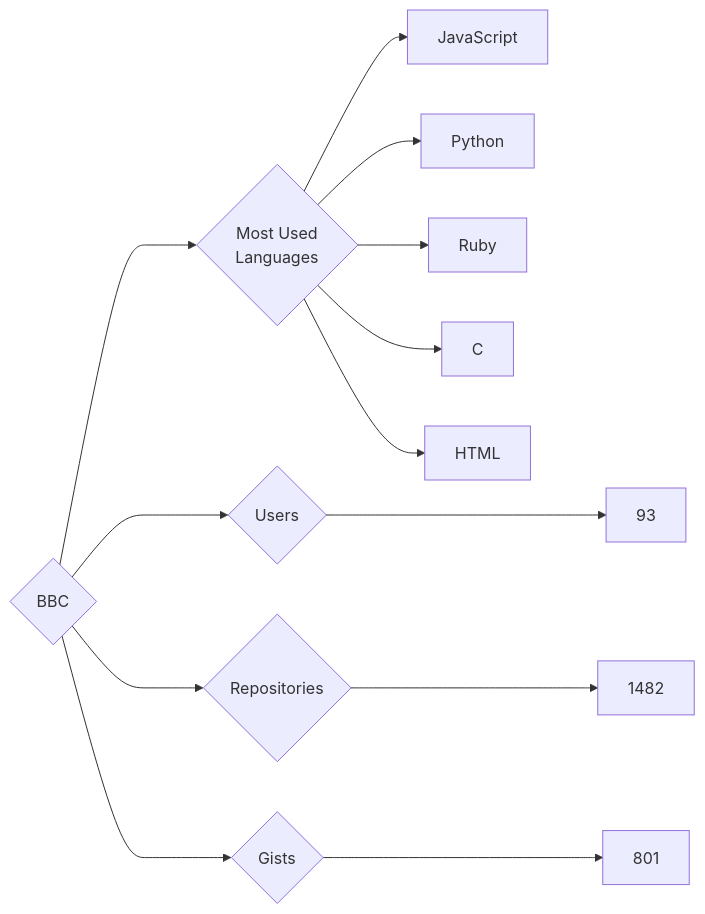
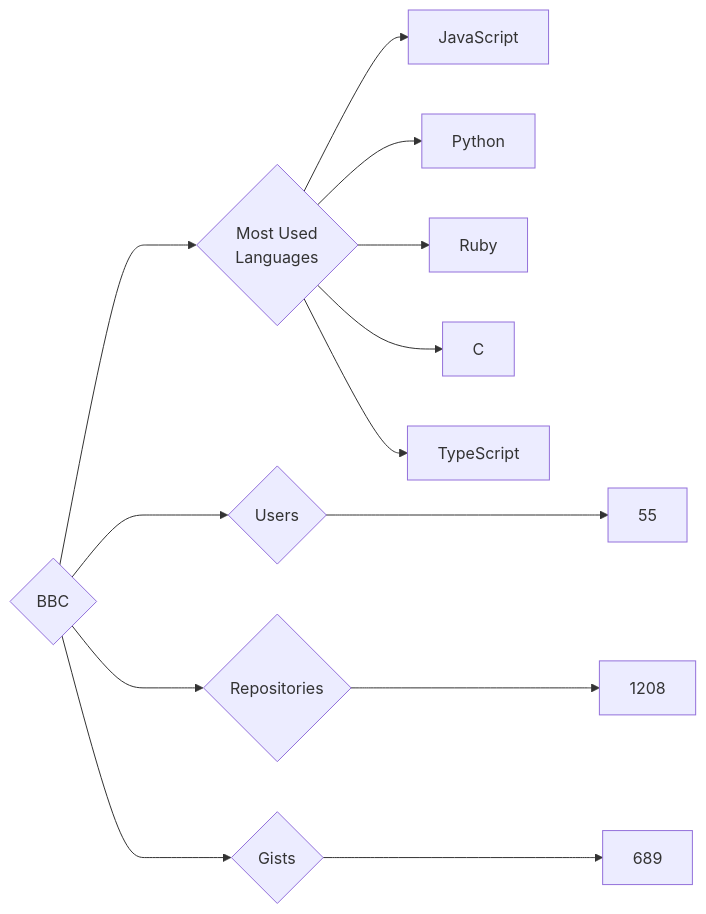
The diagram in targets/BBC/README.md (trickest/insiders), drawn with Mermaid before and after one commit. The commit also changed 925 other files, not shown here.

````diff
--- a/targets/BBC/README.md
+++ b/targets/BBC/README.md
@@ -3,13 +3,13 @@
 ```mermaid
 graph LR
 COMPANY_NAME{BBC}
-COMPANY_NAME ---> U{Users} ---> UN[93]
-COMPANY_NAME ---> R{Repositories} ---> RN[1482]
-COMPANY_NAME ---> G{Gists} ---> GN[801]
+COMPANY_NAME ---> U{Users} ---> UN[55]
+COMPANY_NAME ---> R{Repositories} ---> RN[1208]
+COMPANY_NAME ---> G{Gists} ---> GN[689]
 COMPANY_NAME ---> ML{Most Used<br>Languages}
 ML --> JavaScript[JavaScript]
 ML --> Python[Python]
 ML --> Ruby[Ruby]
 ML --> C[C]
-ML --> HTML[HTML]
+ML --> TypeScript[TypeScript]
 ```
````
